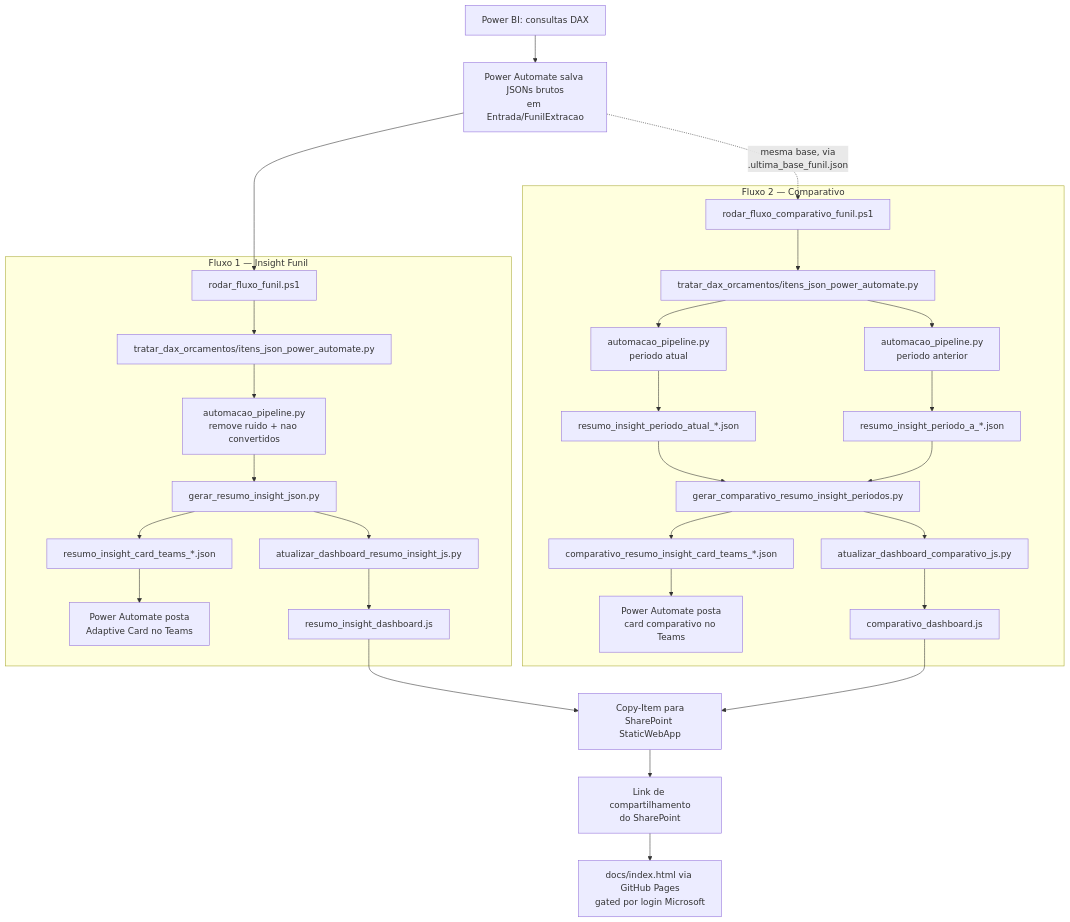
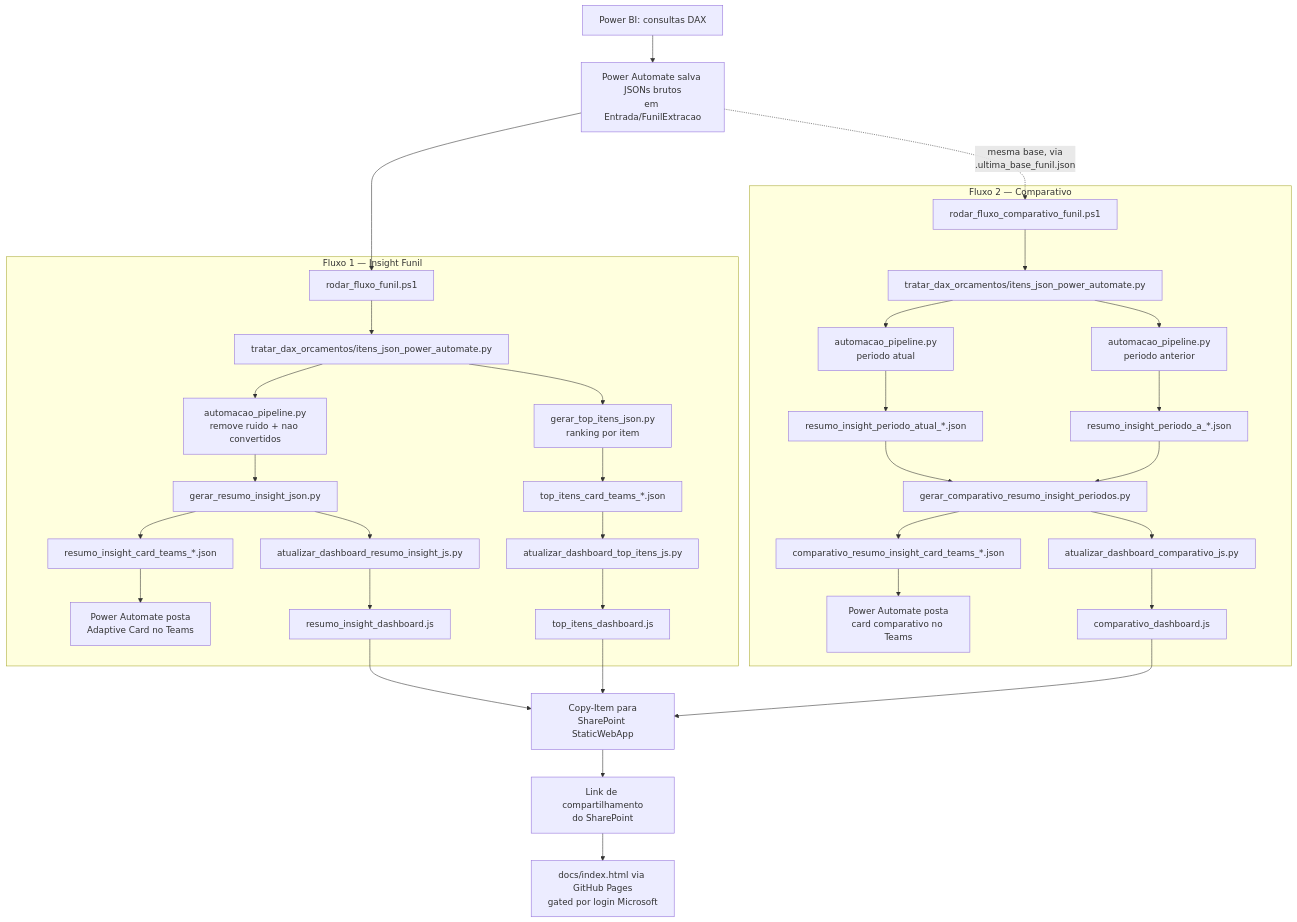
The diagram in README.md (ericocasarano/analise_funil_labor), drawn with Mermaid before and after one commit. The commit also changed other lines of this file and 3 other files, not shown here.

First line of the commit message:
Corrige card de Win Rate por Data de Faturamento e refina layout do Top Itens

````diff
--- a/README.md
+++ b/README.md
@@ -28,36 +28,42 @@
 ```mermaid
 flowchart TD
     DAX["Power BI: consultas DAX"] --> PA["Power Automate salva JSONs brutos<br/>em Entrada/FunilExtracao"]
 
     PA --> F1START["rodar_fluxo_funil.ps1"]
     PA -.->|"mesma base, via<br/>.ultima_base_funil.json"| F2START["rodar_fluxo_comparativo_funil.ps1"]
 
     subgraph FLUXO1["Fluxo 1 — Insight Funil"]
         F1START --> T1["tratar_dax_orcamentos/itens_json_power_automate.py"]
         T1 --> P1["automacao_pipeline.py<br/>remove ruido + nao convertidos"]
         P1 --> I1["gerar_resumo_insight_json.py"]
         I1 --> J1["resumo_insight_card_teams_*.json"]
         J1 --> TEAMS1["Power Automate posta<br/>Adaptive Card no Teams"]
         I1 --> DASH1["atualizar_dashboard_resumo_insight_js.py"]
         DASH1 --> JS1["resumo_insight_dashboard.js"]
+
+        T1 --> TI1["gerar_top_itens_json.py<br/>ranking por item"]
+        TI1 --> JTI["top_itens_card_teams_*.json"]
+        JTI --> DASHTI["atualizar_dashboard_top_itens_js.py"]
+        DASHTI --> JSTI["top_itens_dashboard.js"]
     end
 
     subgraph FLUXO2["Fluxo 2 — Comparativo"]
         F2START --> T2["tratar_dax_orcamentos/itens_json_power_automate.py"]
         T2 --> P2A["automacao_pipeline.py<br/>periodo atual"]
         T2 --> P2B["automacao_pipeline.py<br/>periodo anterior"]
         P2A --> I2A["resumo_insight_periodo_atual_*.json"]
         P2B --> I2B["resumo_insight_periodo_a_*.json"]
         I2A --> COMP["gerar_comparativo_resumo_insight_periodos.py"]
         I2B --> COMP
         COMP --> J2["comparativo_resumo_insight_card_teams_*.json"]
         J2 --> TEAMS2["Power Automate posta<br/>card comparativo no Teams"]
         COMP --> DASH2["atualizar_dashboard_comparativo_js.py"]
         DASH2 --> JS2["comparativo_dashboard.js"]
     end
 
     JS1 --> PUB["Copy-Item para<br/>SharePoint StaticWebApp"]
     JS2 --> PUB
+    JSTI --> PUB
     PUB --> SHARE["Link de compartilhamento<br/>do SharePoint"]
     SHARE --> PAGES["docs/index.html via GitHub Pages<br/>gated por login Microsoft"]
 ```
````
